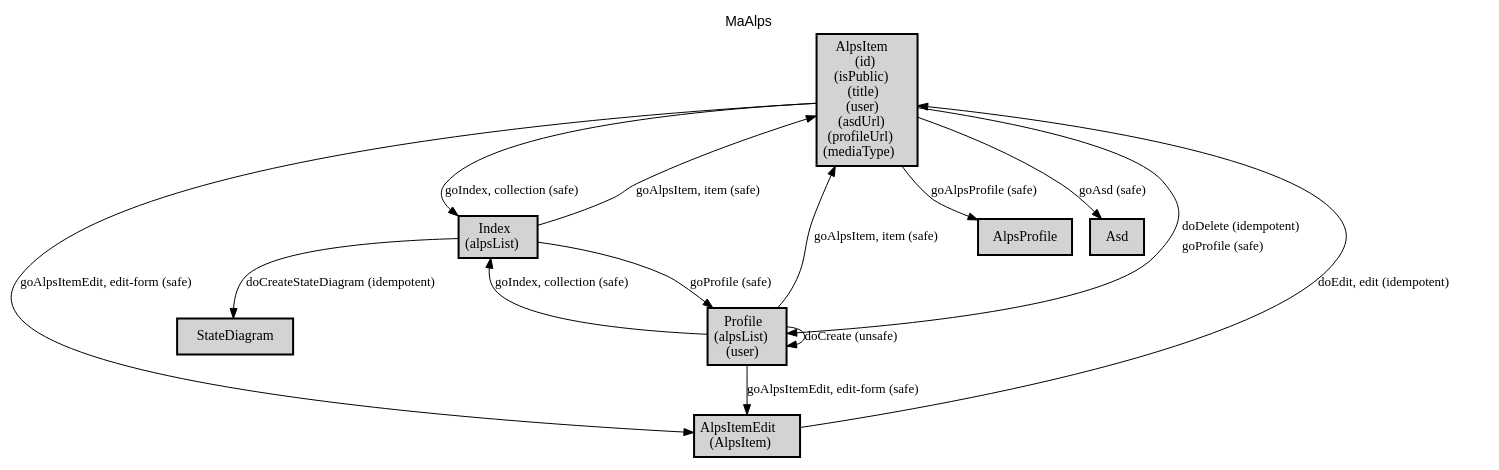
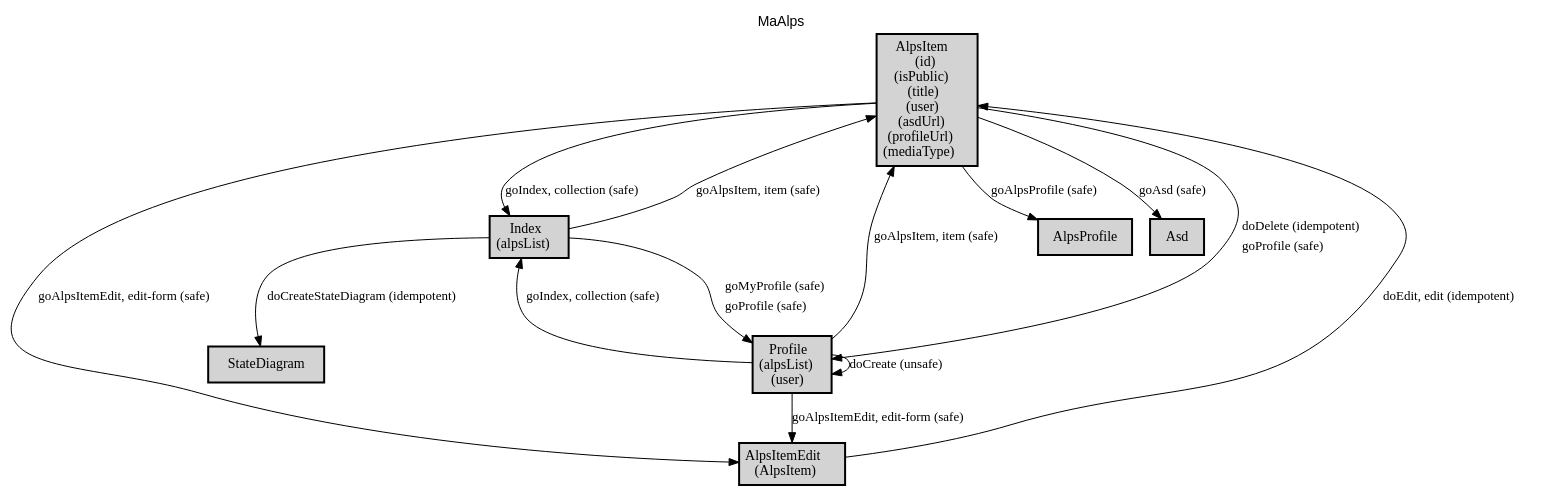
Before and after one commit to ma-alps/spec: the diagram in docs/profile.dot, drawn with Graphviz. The commit also changed 4 other files, not shown here.

```diff
--- a/docs/profile.dot
+++ b/docs/profile.dot
@@ -1,33 +1,33 @@
 digraph application_state_diagram {
   graph [
     labelloc="t";
     fontname="Helvetica"
     label="MaAlps";
     URL="index.html" target="_parent"
   ];
   node [shape = box, style = "bold,filled" fillcolor="lightgray"];
 
     AlpsItem [margin=0.02, label=<<table cellspacing="0" cellpadding="5" border="0"><tr><td>AlpsItem<br />(id)<br />(isPublic)<br />(title)<br />(user)<br />(asdUrl)<br />(profileUrl)<br />(mediaType)<br /></td></tr></table>>,shape=box URL="docs/semantic.AlpsItem.html" target="_parent"]
     AlpsItemEdit [margin=0.02, label=<<table cellspacing="0" cellpadding="5" border="0"><tr><td>AlpsItemEdit<br />(AlpsItem)<br /></td></tr></table>>,shape=box URL="docs/semantic.AlpsItemEdit.html" target="_parent"]
     Index [margin=0.02, label=<<table cellspacing="0" cellpadding="5" border="0"><tr><td>Index<br />(alpsList)<br /></td></tr></table>>,shape=box URL="docs/semantic.Index.html" target="_parent"]
     Profile [margin=0.02, label=<<table cellspacing="0" cellpadding="5" border="0"><tr><td>Profile<br />(alpsList)<br />(user)<br /></td></tr></table>>,shape=box URL="docs/semantic.Profile.html" target="_parent"]
 
     AlpsItem -> AlpsItemEdit [label = <goAlpsItemEdit, edit-form (safe)> URL="docs/safe.goAlpsItemEdit.html" target="_parent" fontsize=13];
     AlpsItem -> AlpsProfile [label = <goAlpsProfile (safe)> URL="docs/safe.goAlpsProfile.html" target="_parent" fontsize=13];
     AlpsItem -> Asd [label = <goAsd (safe)> URL="docs/safe.goAsd.html" target="_parent" fontsize=13];
     AlpsItem -> Index [label = <goIndex, collection (safe)> URL="docs/safe.goIndex.html" target="_parent" fontsize=13];
     AlpsItem -> Profile [label=<<table  border="0"><tr><td align="left" href="docs/idempotent.doDelete.html">doDelete (idempotent)</td></tr><tr><td align="left" href="docs/safe.goProfile.html">goProfile (safe)</td></tr></table>> fontsize=13];
     AlpsItemEdit -> AlpsItem [label = <doEdit, edit (idempotent)> URL="docs/idempotent.doEdit.html" target="_parent" fontsize=13];
     Index -> AlpsItem [label = <goAlpsItem, item (safe)> URL="docs/safe.goAlpsItem.html" target="_parent" fontsize=13];
-    Index -> Profile [label = <goProfile (safe)> URL="docs/safe.goProfile.html" target="_parent" fontsize=13];
+    Index -> Profile [label=<<table  border="0"><tr><td align="left" href="docs/safe.goMyProfile.html">goMyProfile (safe)</td></tr><tr><td align="left" href="docs/safe.goProfile.html">goProfile (safe)</td></tr></table>> fontsize=13];
     Index -> StateDiagram [label = <doCreateStateDiagram (idempotent)> URL="docs/idempotent.doCreateStateDiagram.html" target="_parent" fontsize=13];
     Profile -> AlpsItem [label = <goAlpsItem, item (safe)> URL="docs/safe.goAlpsItem.html" target="_parent" fontsize=13];
     Profile -> AlpsItemEdit [label = <goAlpsItemEdit, edit-form (safe)> URL="docs/safe.goAlpsItemEdit.html" target="_parent" fontsize=13];
     Profile -> Index [label = <goIndex, collection (safe)> URL="docs/safe.goIndex.html" target="_parent" fontsize=13];
     Profile -> Profile [label = <doCreate (unsafe)> URL="docs/unsafe.doCreate.html" target="_parent" fontsize=13];
 
     AlpsProfile [label = <AlpsProfile> URL="docs/semantic.AlpsProfile.html" target="_parent"]
     Asd [label = <Asd> URL="docs/semantic.Asd.html" target="_parent"]
     StateDiagram [label = <StateDiagram> URL="docs/semantic.StateDiagram.html" target="_parent"]
 
 }
```
